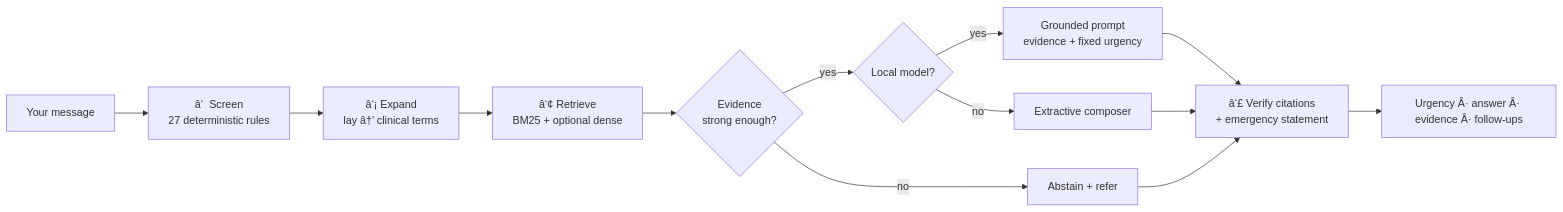
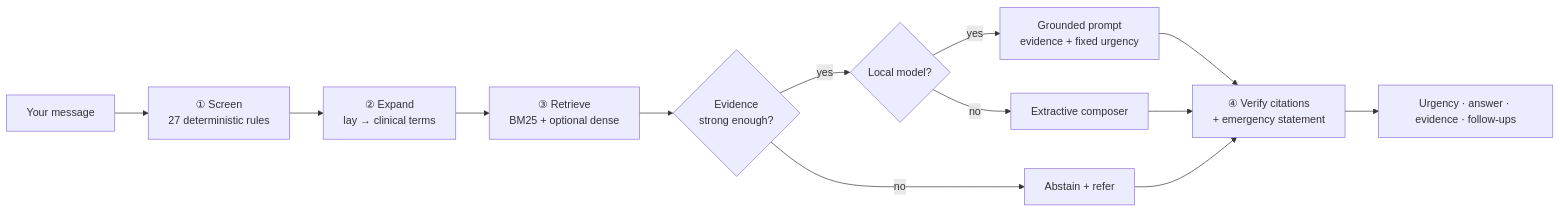
The diagram in README.md (abubakarsiddique360/SymptomPilot-AI), drawn with Mermaid before and after one commit. The commit also changed other lines of this file and 5 other files, not shown here.

````diff
--- a/README.md
+++ b/README.md
@@ -91,15 +91,15 @@
 ```mermaid
 flowchart LR
-    M[Your message] --> S["â‘  Screen<br/>27 deterministic rules"]
-    S --> E["â‘¡ Expand<br/>lay â†’ clinical terms"]
-    E --> R["â‘¢ Retrieve<br/>BM25 + optional dense"]
+    M[Your message] --> S["① Screen<br/>27 deterministic rules"]
+    S --> E["② Expand<br/>lay → clinical terms"]
+    E --> R["③ Retrieve<br/>BM25 + optional dense"]
     R --> C{"Evidence<br/>strong enough?"}
     C -- no --> A["Abstain + refer"]
     C -- yes --> L{"Local model?"}
     L -- yes --> G["Grounded prompt<br/>evidence + fixed urgency"]
     L -- no --> X["Extractive composer"]
-    G --> V["â‘£ Verify citations<br/>+ emergency statement"]
+    G --> V["④ Verify citations<br/>+ emergency statement"]
     X --> V
     A --> V
-    V --> O["Urgency Â· answer Â· evidence Â· follow-ups"]
+    V --> O["Urgency · answer · evidence · follow-ups"]
 ```
````
